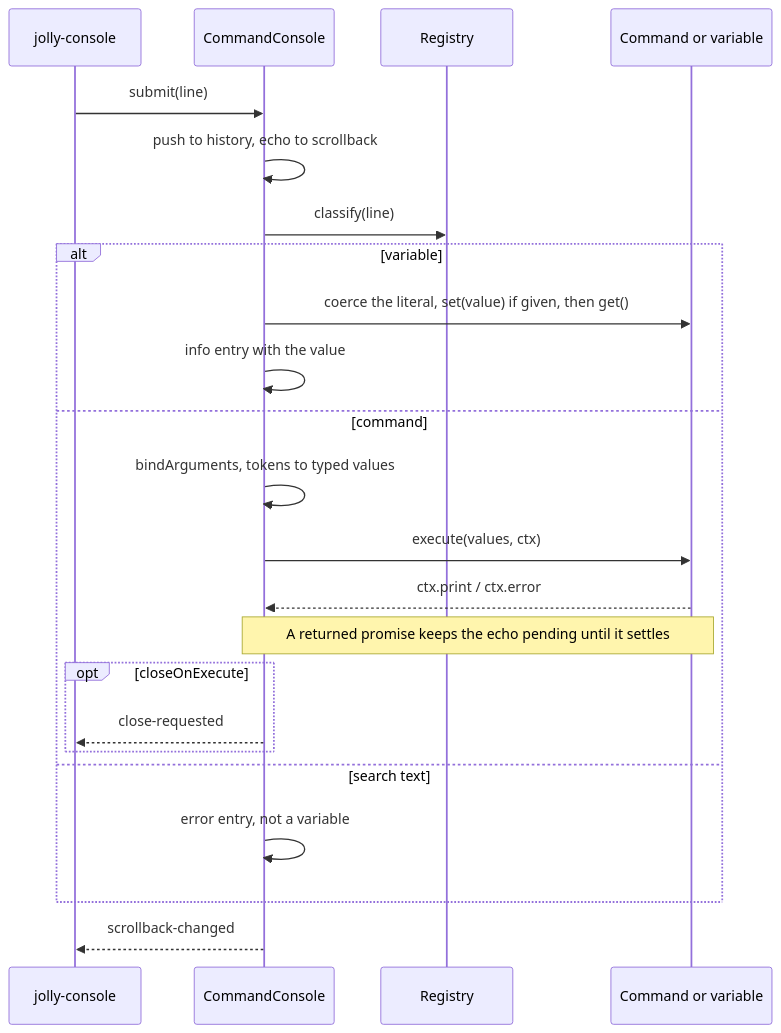
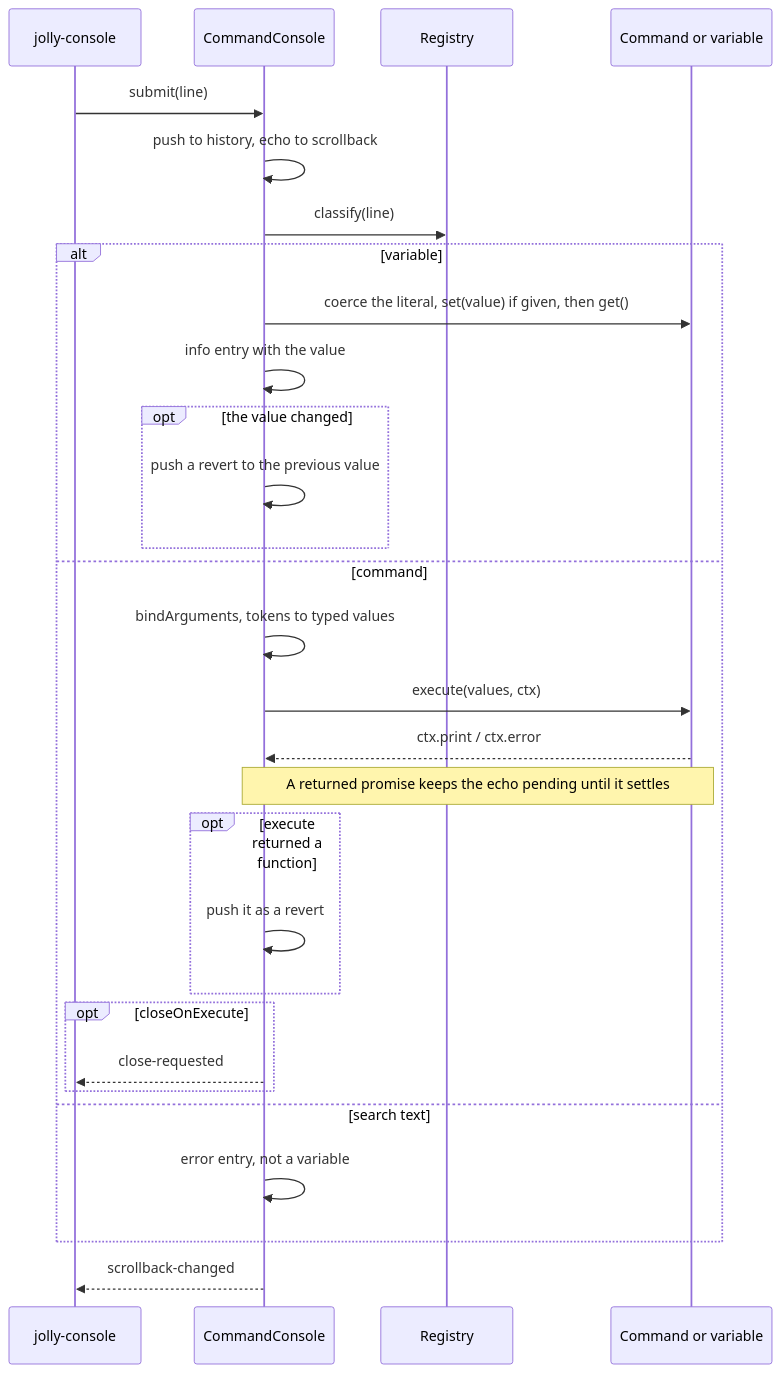
One commit to JollyPixel/editor changed the third of 6 diagrams in packages/console/ARCHITECTURE.md. Above: the diagram before and after it, drawn with Mermaid. The commit also changed other lines of this file and 20 other files, not shown here.

Commit message:
feat(console): implement /revert native command

````diff
--- a/packages/console/ARCHITECTURE.md
+++ b/packages/console/ARCHITECTURE.md
@@ -106,26 +107,32 @@
 ```mermaid
 sequenceDiagram
     participant Element as jolly-console
     participant Console as CommandConsole
     participant Registry
     participant Handler as Command or variable
 
     Element->>Console: submit(line)
     Console->>Console: push to history, echo to scrollback
     Console->>Registry: classify(line)
     alt variable
         Console->>Handler: coerce the literal, set(value) if given, then get()
         Console->>Console: info entry with the value
+        opt the value changed
+            Console->>Console: push a revert to the previous value
+        end
     else command
         Console->>Console: bindArguments, tokens to typed values
         Console->>Handler: execute(values, ctx)
         Handler-->>Console: ctx.print / ctx.error
         Note over Console,Handler: A returned promise keeps the echo pending until it settles
+        opt execute returned a function
+            Console->>Console: push it as a revert
+        end
         opt closeOnExecute
             Console-->>Element: close-requested
         end
     else search text
         Console->>Console: error entry, not a variable
     end
     Console-->>Element: scrollback-changed
 ```
````
